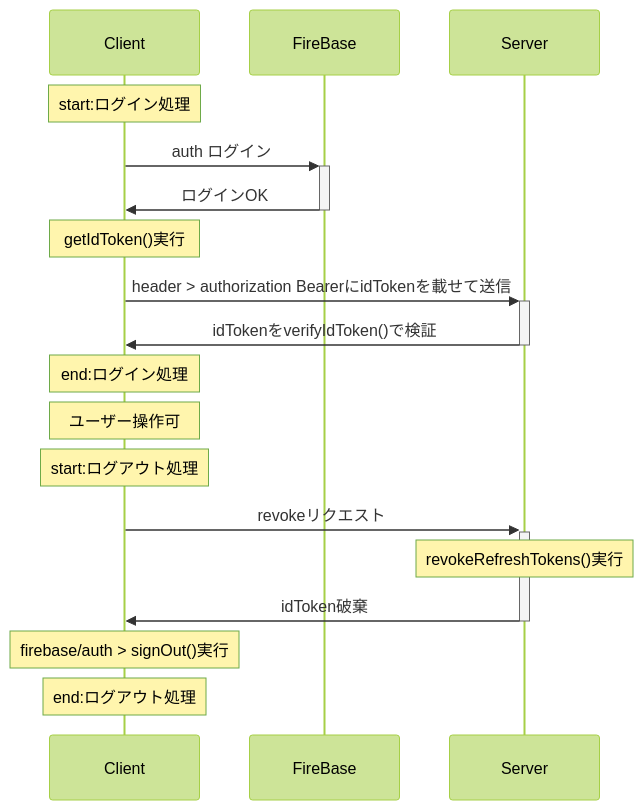
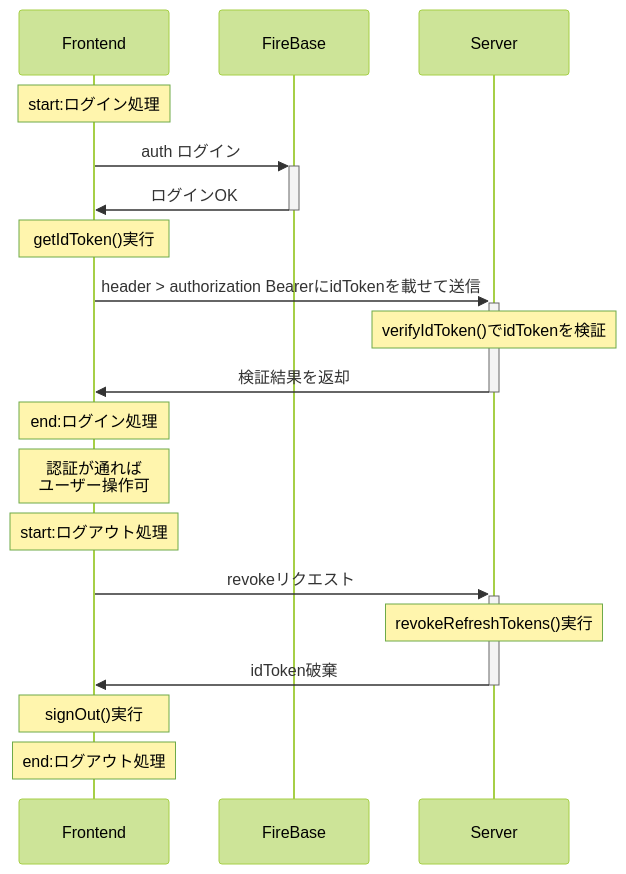
One commit to t-tonyo-maru/j_template_firebase-functions changed the diagram in README.md. Above: the diagram before and after it, drawn with Mermaid (forest theme). The commit also changed other lines of this file, not shown here.

````diff
--- a/README.md
+++ b/README.md
@@ -161,21 +170,22 @@
 ```mermaid
 sequenceDiagram
-  Note over Client: start:ログイン処理
-  Client->>+FireBase: auth ログイン
-  FireBase->>-Client: ログインOK
+  Note over Frontend: start:ログイン処理
+  Frontend->>+FireBase: auth ログイン
+  FireBase->>-Frontend: ログインOK
 
-  Note over Client: getIdToken()実行
+  Note over Frontend: getIdToken()実行
 
-  Client->>+Server: header > authorization BearerにidTokenを載せて送信
-  Server->>-Client: idTokenをverifyIdToken()で検証
-  Note over Client: end:ログイン処理
+  Frontend->>+Server: header > authorization BearerにidTokenを載せて送信
+  Note over Server: verifyIdToken()でidTokenを検証
+  Server->>-Frontend: 検証結果を返却
+  Note over Frontend: end:ログイン処理
 
-  Note over Client: ユーザー操作可
+  Note over Frontend: 認証が通れば<br>ユーザー操作可
 
-  Note over Client: start:ログアウト処理
-  Client->>+Server: revokeリクエスト
+  Note over Frontend: start:ログアウト処理
+  Frontend->>+Server: revokeリクエスト
   Note over Server: revokeRefreshTokens()実行
-  Server->>-Client: idToken破棄
-  Note over Client: firebase/auth > signOut()実行
-  Note over Client: end:ログアウト処理
+  Server->>-Frontend: idToken破棄
+  Note over Frontend: signOut()実行
+  Note over Frontend: end:ログアウト処理
 ```
````
